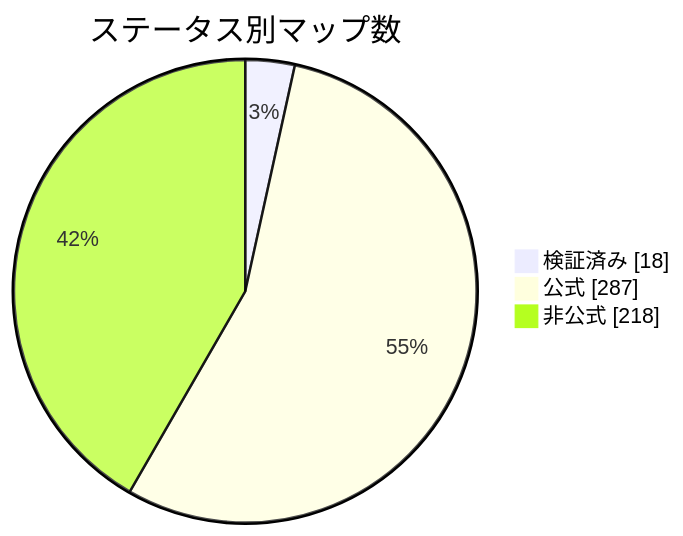
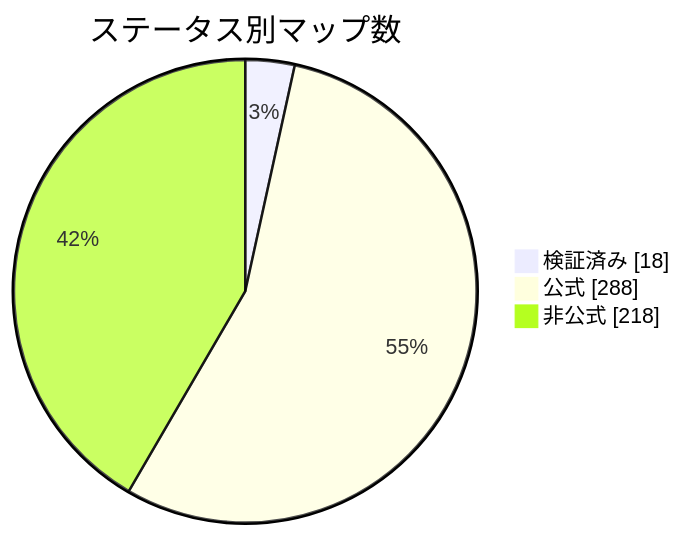
The diagram in docs/readme/README_JP.md (nobrega8/mbmap-library), drawn with Mermaid before and after one commit. The commit also changed 5 other files, not shown here.

````diff
--- a/docs/readme/README_JP.md
+++ b/docs/readme/README_JP.md
@@ -54,7 +54,7 @@
 ```mermaid
 pie showData
     title ステータス別マップ数
     "検証済み" : 18
-    "公式" : 287
+    "公式" : 288
     "非公式" : 218
 ```
````
